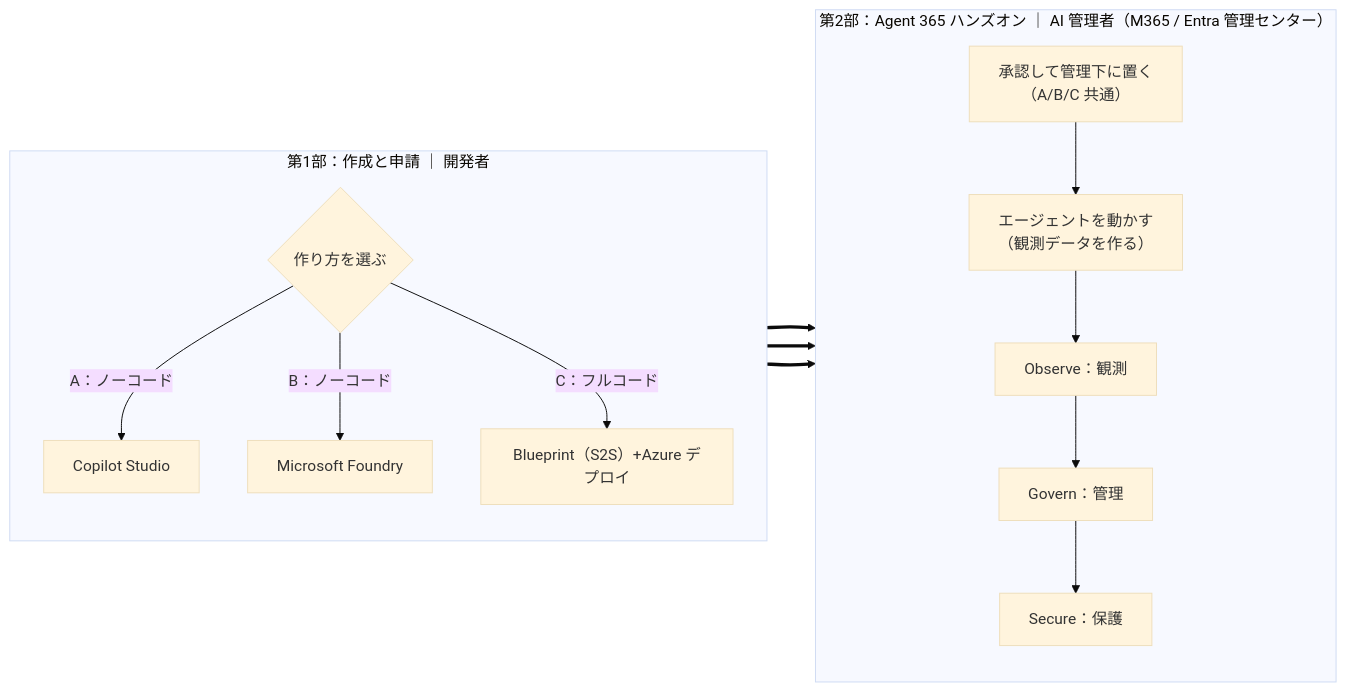
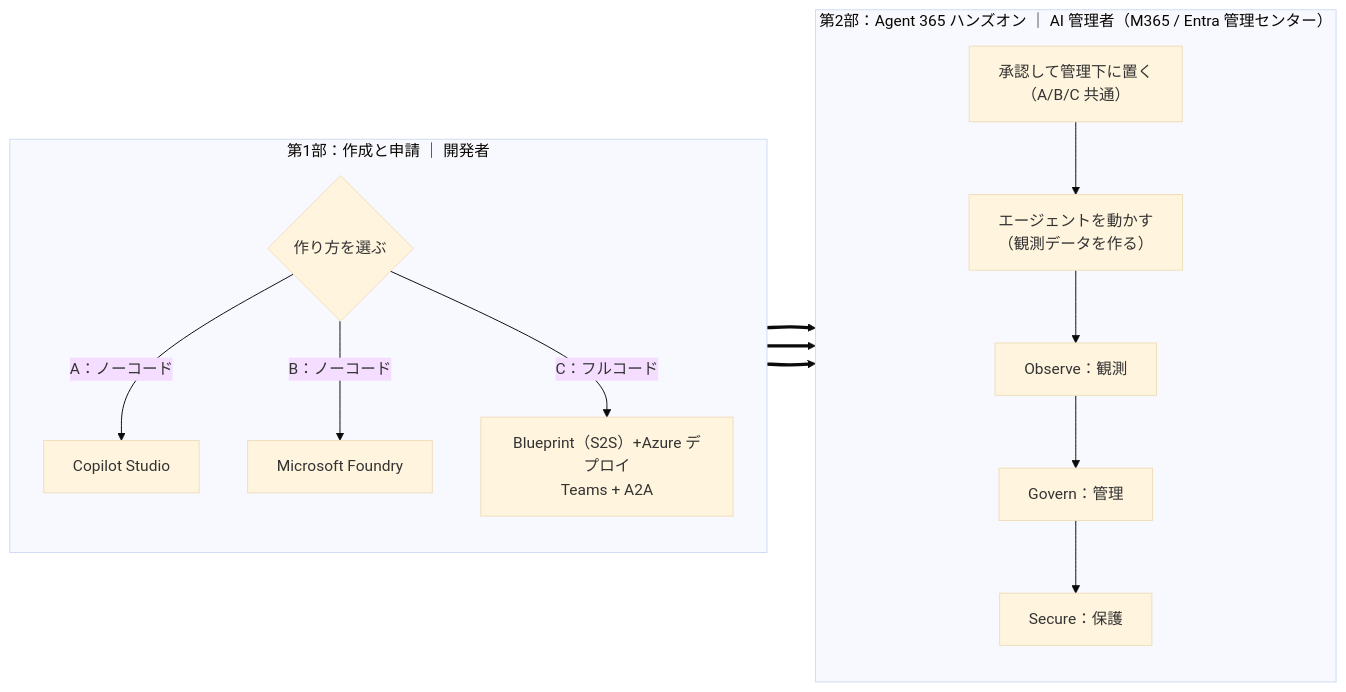
Before and after one commit to fatman3110/Agent365-Training: the diagram in README.MD, drawn with Mermaid (base theme). The commit also changed other lines of this file and 13 other files, not shown here.

````diff
--- a/README.MD
+++ b/README.MD
@@ -23,20 +23,20 @@
 ```mermaid
 flowchart LR
     subgraph P1["第1部：作成と申請 ｜ 開発者"]
         direction TB
         A0{"作り方を選ぶ"}
         A0 -->|"A：ノーコード"| AA["Copilot Studio "]
         A0 -->|"B：ノーコード"| AB["Microsoft Foundry<br/>"]
-        A0 -->|"C：フルコード"| AC["Blueprint（S2S）+Azure デプロイ"]
+        A0 -->|"C：フルコード"| AC["Blueprint（S2S）+Azure デプロイ<br/>Teams + A2A"]
     end
     subgraph P2["第2部：Agent 365 ハンズオン ｜ AI 管理者（M365 / Entra 管理センター）"]
         direction TB
         B1["承認して管理下に置く<br/>（A/B/C 共通）"] --> B2["エージェントを動かす<br/>（観測データを作る）"]
         B2 --> B3["Observe：観測"]
         B3 --> B4["Govern：管理"]
         B4 --> B5["Secure：保護"]
     end
     AA ==> B1
     AB ==> B1
     AC ==> B1
 ```
````
